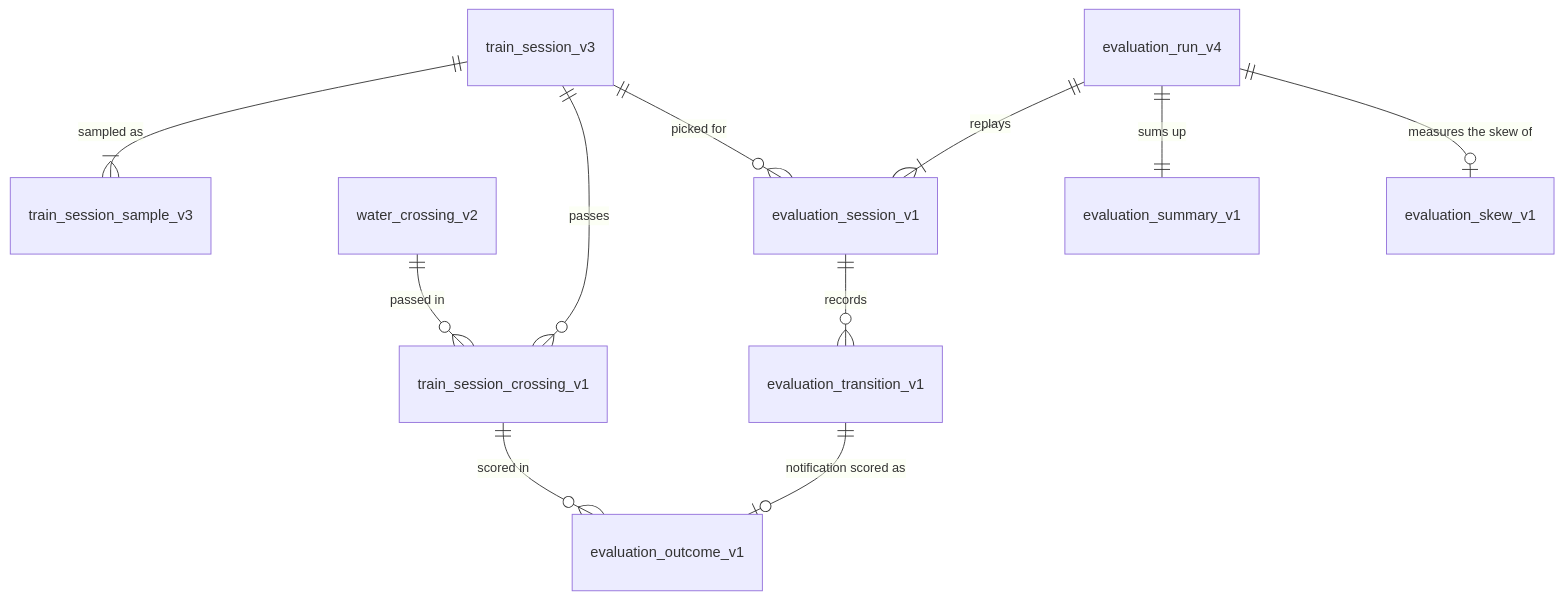
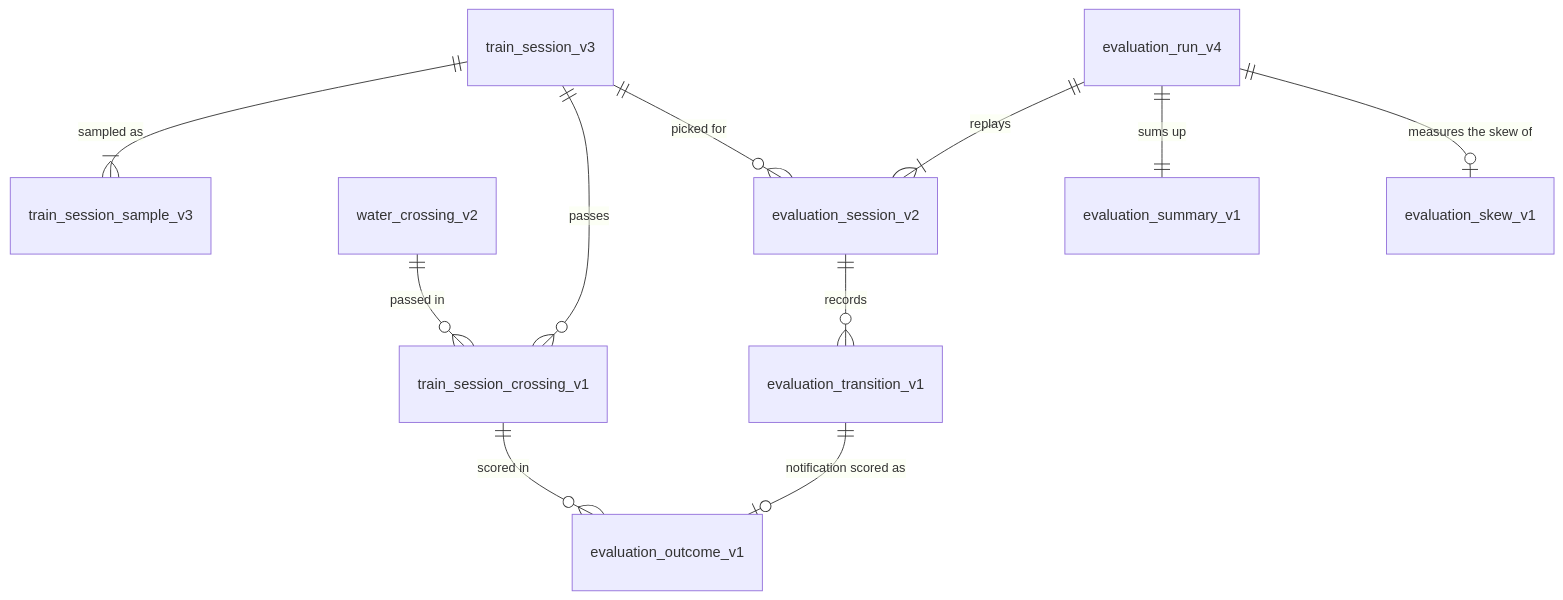
Before and after one commit to mikemoraned/geo: the diagram in apps/lookout/docs/current-slice.md, drawn with Mermaid. The commit also changed other lines of this file and 20 other files, not shown here.

````diff
--- a/apps/lookout/docs/current-slice.md
+++ b/apps/lookout/docs/current-slice.md
@@ -127,13 +127,13 @@
 ```mermaid
 erDiagram
     train_session_v3 ||--|{ train_session_sample_v3 : "sampled as"
     train_session_v3 ||--o{ train_session_crossing_v1 : "passes"
     water_crossing_v2 ||--o{ train_session_crossing_v1 : "passed in"
-    evaluation_run_v4 ||--|{ evaluation_session_v1 : "replays"
-    train_session_v3 ||--o{ evaluation_session_v1 : "picked for"
-    evaluation_session_v1 ||--o{ evaluation_transition_v1 : "records"
+    evaluation_run_v4 ||--|{ evaluation_session_v2 : "replays"
+    train_session_v3 ||--o{ evaluation_session_v2 : "picked for"
+    evaluation_session_v2 ||--o{ evaluation_transition_v1 : "records"
     evaluation_transition_v1 ||--o| evaluation_outcome_v1 : "notification scored as"
     train_session_crossing_v1 ||--o{ evaluation_outcome_v1 : "scored in"
     evaluation_run_v4 ||--|| evaluation_summary_v1 : "sums up"
     evaluation_run_v4 ||--o| evaluation_skew_v1 : "measures the skew of"
 ```
````
